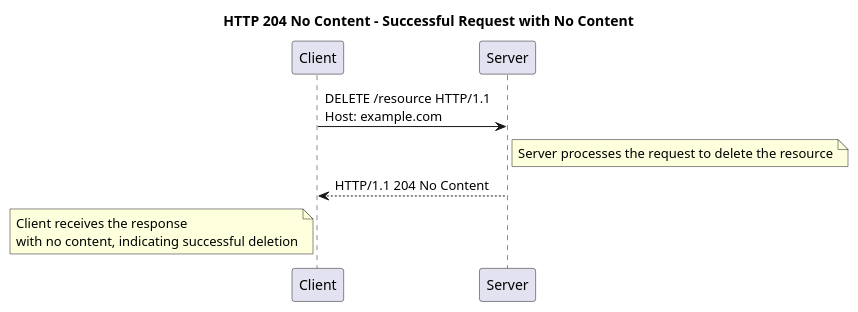
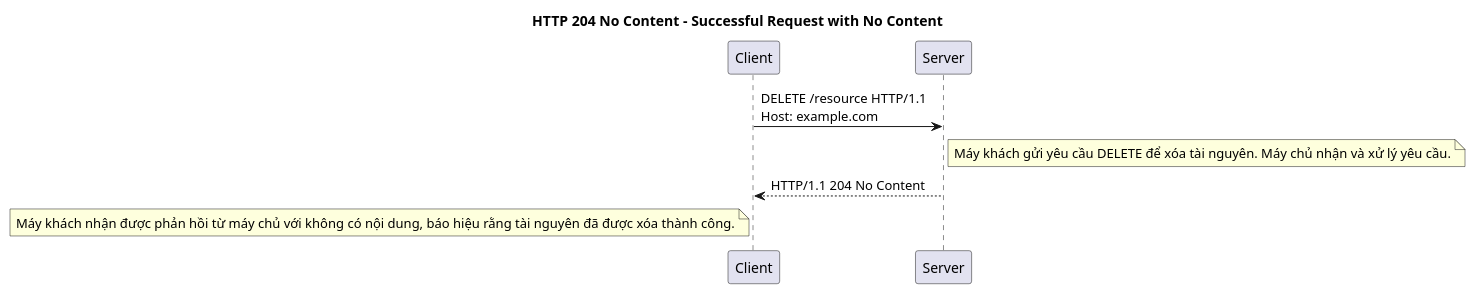
One commit to thanhlv-com/thanhlv-blog changed the seventh of 26 diagrams in packages/apps/src/blog/2024-12-05-y-nghia-cua-cac-http-status-code.md. Above: the diagram before and after it, drawn with PlantUML. The commit also changed other lines of this file and 3 other files, not shown here.

````diff
--- a/packages/apps/src/blog/2024-12-05-y-nghia-cua-cac-http-status-code.md
+++ b/packages/apps/src/blog/2024-12-05-y-nghia-cua-cac-http-status-code.md
@@ -302,16 +300,15 @@
 ```plantuml
 @startuml
 
 title HTTP 204 No Content - Successful Request with No Content
 
 participant "Client" as C
 participant "Server" as S
 
 C -> S: DELETE /resource HTTP/1.1\nHost: example.com
-note right of S: Server processes the request to delete the resource
+note right of S: Máy khách gửi yêu cầu DELETE để xóa tài nguyên. Máy chủ nhận và xử lý yêu cầu.
 
 S --> C: HTTP/1.1 204 No Content
-note left of C: Client receives the response\nwith no content, indicating successful deletion
-
+note left of C: Máy khách nhận được phản hồi từ máy chủ với không có nội dung, báo hiệu rằng tài nguyên đã được xóa thành công.
 @enduml
 ```
````
